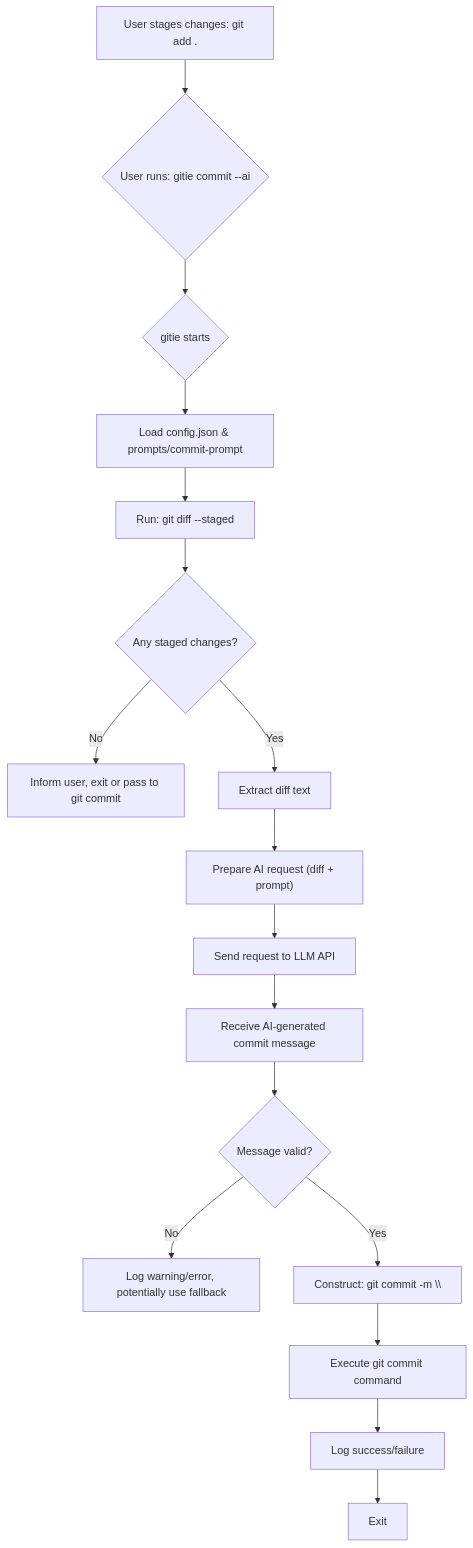
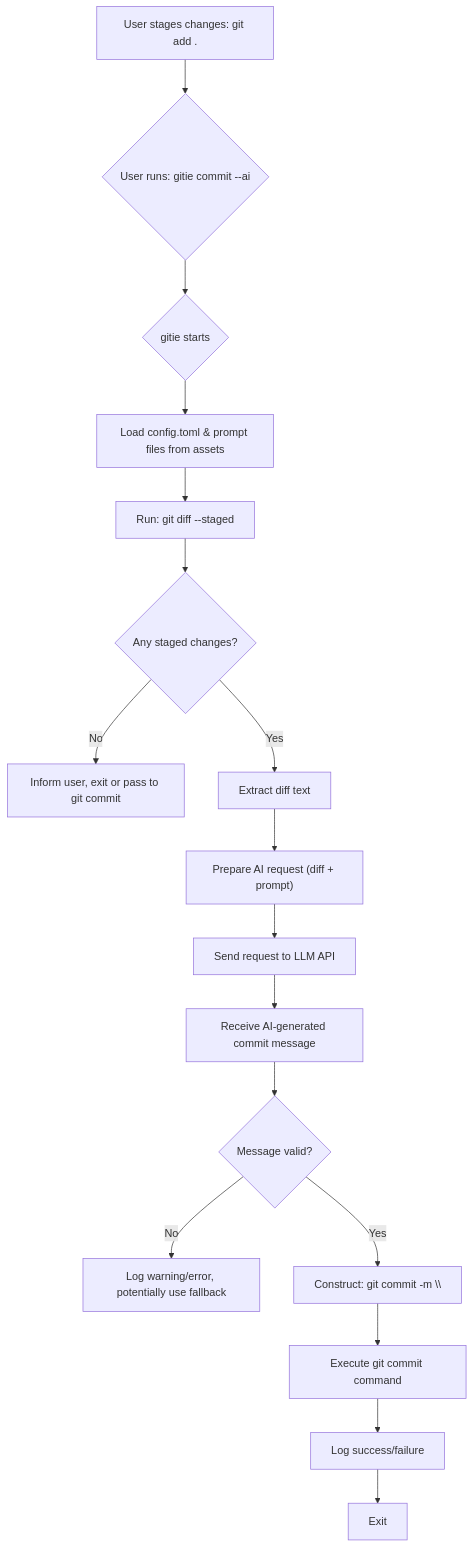
Before and after one commit to nehcuh/gitie: the diagram in README.md, drawn with Mermaid. The commit also changed other lines of this file and 13 other files, not shown here.

````diff
--- a/README.md
+++ b/README.md
@@ -161,19 +161,19 @@
 ```mermaid
 graph TD
     A["User stages changes: git add ."] --> B{"User runs: gitie commit --ai"};
     B --> C{"gitie starts"};
-    C --> D["Load config.json & prompts/commit-prompt"];
+    C --> D["Load config.toml & prompt files from assets"];
     D --> E["Run: git diff --staged"];
     E --> F{"Any staged changes?"};
     F -- "No" --> G["Inform user, exit or pass to git commit"];
     F -- "Yes" --> H["Extract diff text"];
     H --> I["Prepare AI request (diff + prompt)"];
     I --> J["Send request to LLM API"];
     J --> K["Receive AI-generated commit message"];
     K --> L{"Message valid?"};
     L -- "No" --> M["Log warning/error, potentially use fallback"];
     L -- "Yes" --> N["Construct: git commit -m \"<AI_MESSAGE>\""];
     N --> O["Execute git commit command"];
     O --> P["Log success/failure"];
     P --> Q["Exit"];
 ```
````
